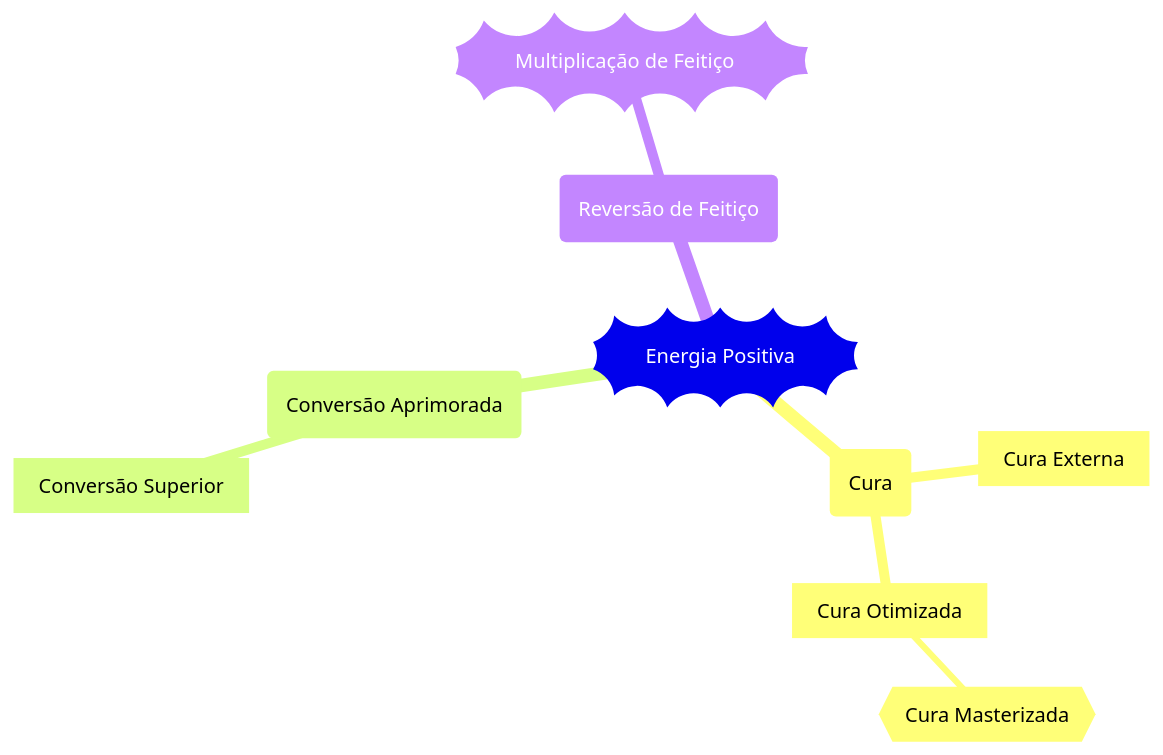
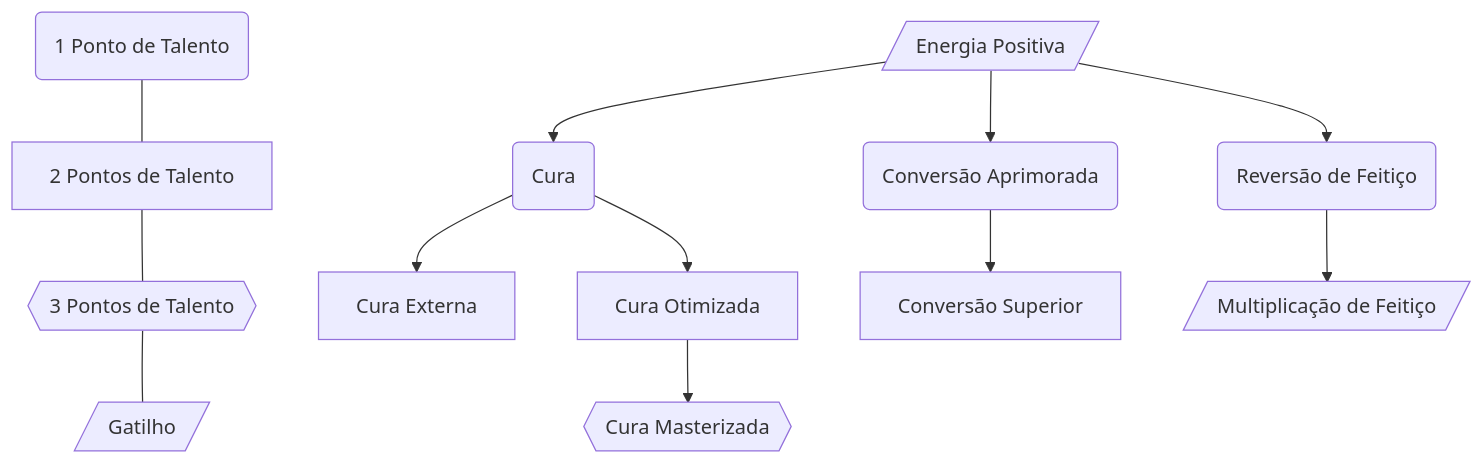
Before and after one commit to LuanSilveiraSouza/dnd-5e-jjk-suplement: the diagram in content/Talentos/Energia Amaldiçoada Reversa.md, drawn with Mermaid. The commit also changed 27 other files, not shown here.

````diff
--- a/content/Talentos/Energia Amaldiçoada Reversa.md
+++ b/content/Talentos/Energia Amaldiçoada Reversa.md
@@ -3,12 +1,28 @@
 ```mermaid
-mindmap
-))Energia Positiva((
-	(Cura)
-		[Cura Externa]
-		[Cura Otimizada]
-			{{Cura Masterizada}}
-	(Conversão Aprimorada)
-		[Conversão Superior]
-	(Reversão de Feitiço)
-		))Multiplicação de Feitiço((
+flowchart TD
+id90(1 Ponto de Talento)
+id91[2 Pontos de Talento]
+id92{{3 Pontos de Talento}}
+id93[/Gatilho/]
+id90 --- id91
+id91 --- id92
+id92 --- id93
+
+id1[/Energia Positiva/]
+id11(Cura)
+id12[Cura Externa]
+id13[Cura Otimizada]
+id14{{Cura Masterizada}}
+id21(Conversão Aprimorada)
+id22[Conversão Superior]
+id31(Reversão de Feitiço)
+id32[/Multiplicação de Feitiço/]
+id1 --> id11
+id11 --> id12
+id11 --> id13
+id13 --> id14
+id1 --> id21
+id21 --> id22
+id1 --> id31
+id31 --> id32
 ```
````
